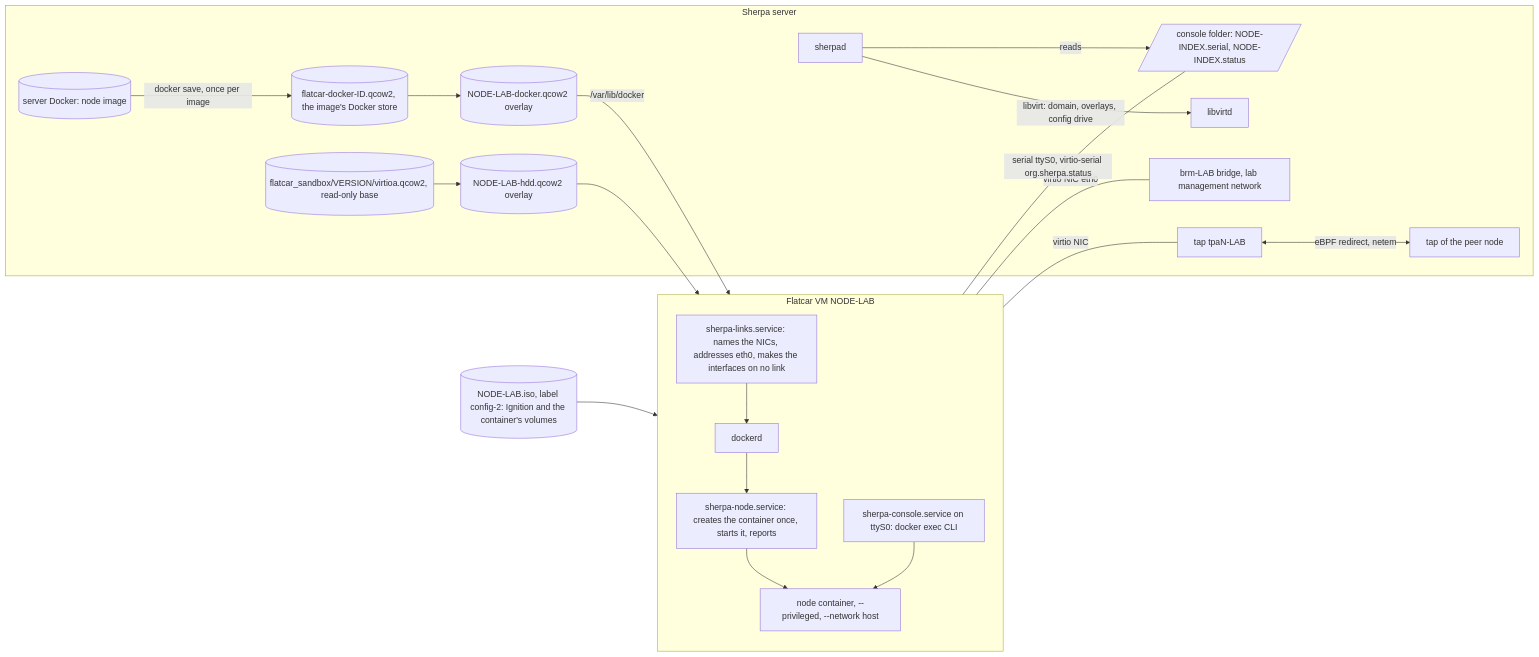
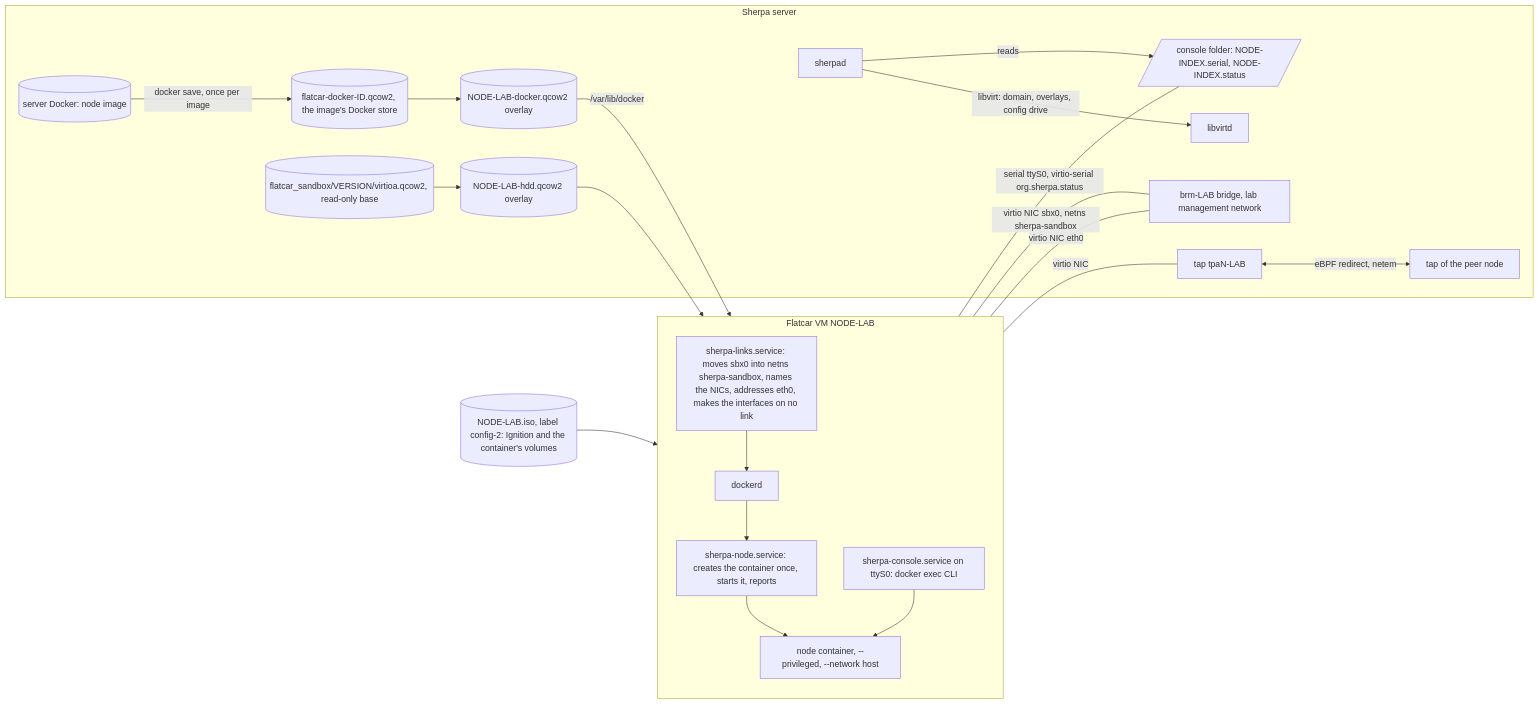
One commit to bwks/sherpa changed the diagram in docs/architecture/SANDBOX.md. Above: the diagram before and after it, drawn with Mermaid. The commit also changed other lines of this file and 37 other files, not shown here.

````diff
--- a/docs/architecture/SANDBOX.md
+++ b/docs/architecture/SANDBOX.md
@@ -19,25 +19,26 @@
 ```mermaid
 flowchart LR
   subgraph host[Sherpa server]
     S[sherpad] -->|libvirt: domain, overlays, config drive| L[libvirtd]
     D[(server Docker: node image)] -->|docker save, once per image| ST[(flatcar-docker-ID.qcow2, the image's Docker store)]
     B[(flatcar_sandbox/VERSION/virtioa.qcow2, read-only base)] --> O[(NODE-LAB-hdd.qcow2 overlay)]
     ST --> OD[(NODE-LAB-docker.qcow2 overlay)]
     T1[tap tpaN-LAB] <-->|eBPF redirect, netem| T2[tap of the peer node]
     M[brm-LAB bridge, lab management network]
     SOCK[/console folder: NODE-INDEX.serial, NODE-INDEX.status/]
     S -->|reads| SOCK
   end
   subgraph V[Flatcar VM NODE-LAB]
-    LK[sherpa-links.service: names the NICs, addresses eth0, makes the interfaces on no link] --> DK[dockerd]
+    LK[sherpa-links.service: moves sbx0 into netns sherpa-sandbox, names the NICs, addresses eth0, makes the interfaces on no link] --> DK[dockerd]
     DK --> N[sherpa-node.service: creates the container once, starts it, reports]
     N --> C[node container, --privileged, --network host]
     CON[sherpa-console.service on ttyS0: docker exec CLI] --> C
   end
   O --> V
   OD -->|/var/lib/docker| V
   ISO[(NODE-LAB.iso, label config-2: Ignition and the container's volumes)] --> V
   V ---|virtio NIC| T1
   V ---|virtio NIC eth0| M
+  V ---|virtio NIC sbx0, netns sherpa-sandbox| M
   V ---|serial ttyS0, virtio-serial org.sherpa.status| SOCK
 ```
````
